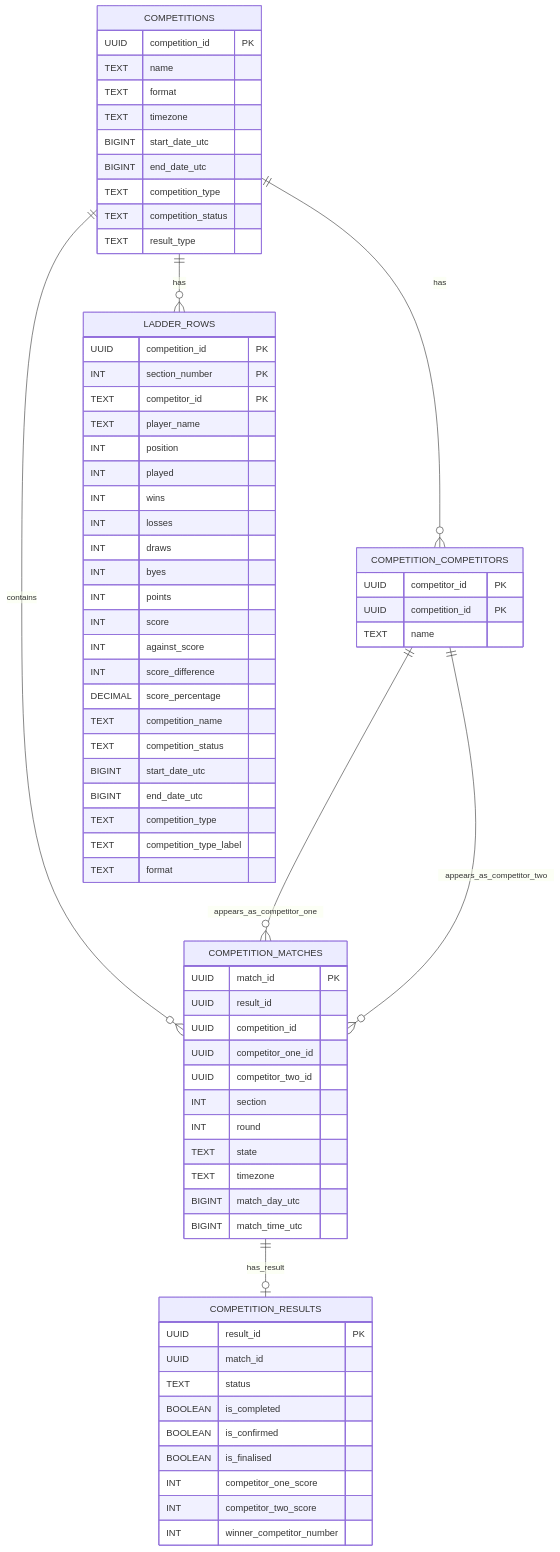
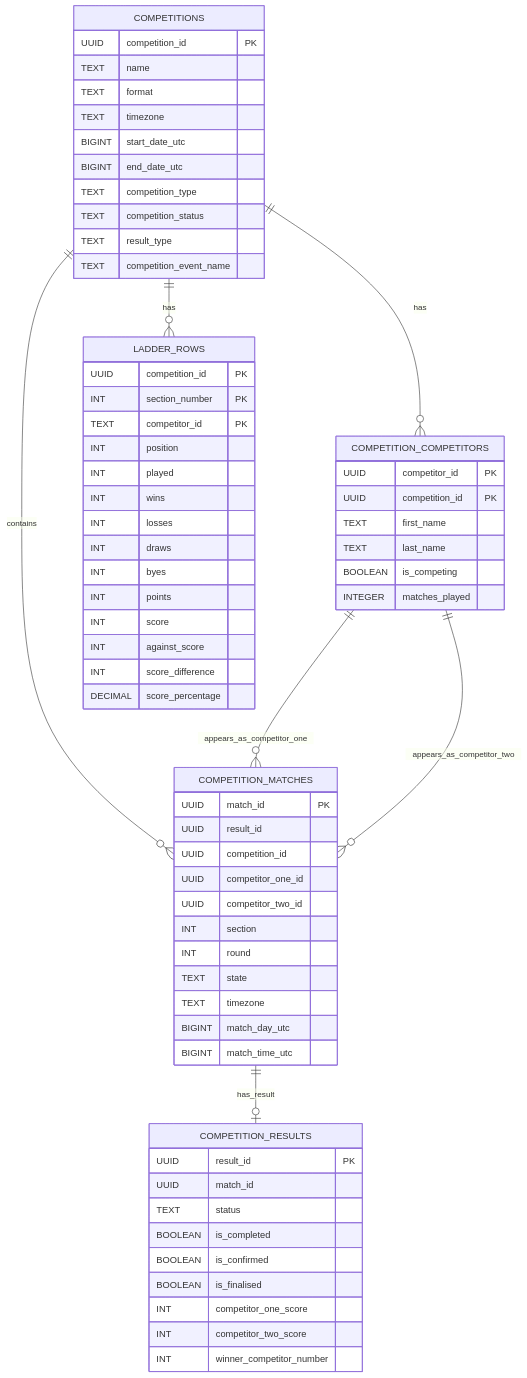
One commit to selector-app/bowls-selector-app changed the diagram in docs/silver_er_diagram.md. Above: the diagram before and after it, drawn with Mermaid. The commit also changed other lines of this file and 4 other files, not shown here.

```diff
--- a/docs/silver_er_diagram.md
+++ b/docs/silver_er_diagram.md
@@ -14,6 +14,7 @@
         TEXT competition_type
         TEXT competition_status
         TEXT result_type
+        TEXT competition_event_name
     }
 
     COMPETITION_MATCHES {
@@ -45,14 +46,16 @@
     COMPETITION_COMPETITORS {
         UUID competitor_id PK
         UUID competition_id PK
-        TEXT name
+        TEXT first_name
+        TEXT last_name
+        BOOLEAN is_competing
+        INTEGER matches_played
     }
 
     LADDER_ROWS {
         UUID competition_id PK
         INT section_number PK
         TEXT competitor_id PK
-        TEXT player_name
         INT position
         INT played
         INT wins
@@ -64,13 +67,6 @@
         INT against_score
         INT score_difference
         DECIMAL score_percentage
-        TEXT competition_name
-        TEXT competition_status
-        BIGINT start_date_utc
-        BIGINT end_date_utc
-        TEXT competition_type
-        TEXT competition_type_label
-        TEXT format
     }
 
     %% Relationships
```
